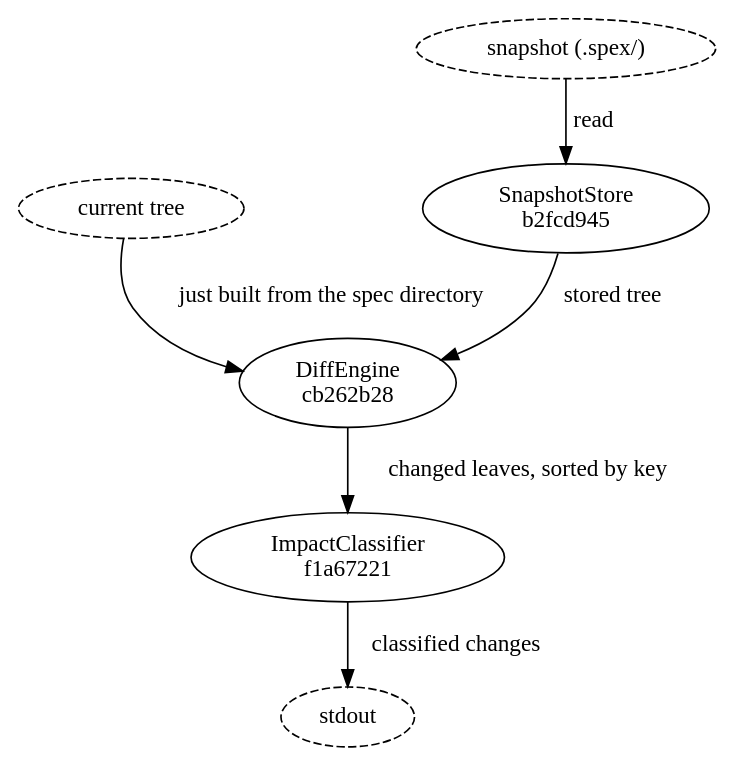
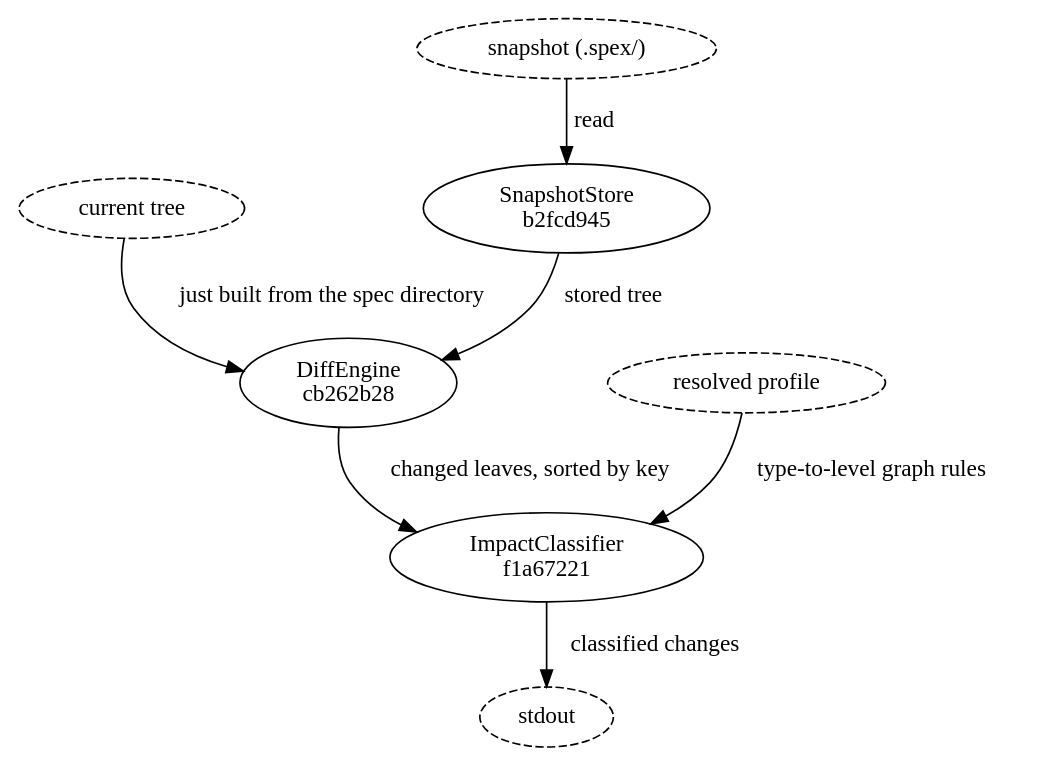
Before and after one commit to dmitriyb/spexmachina: the diagram in spec/merkle/flow_diff_classification.md, drawn with Graphviz. The commit also changed other lines of this file and 19 other files, not shown here.

````diff
--- a/spec/merkle/flow_diff_classification.md
+++ b/spec/merkle/flow_diff_classification.md
@@ -5,16 +5,18 @@
 ```dot
 digraph diff_classification {
     "current tree"        [style=dashed];
     "snapshot (.spex/)"   [style=dashed];
+    "resolved profile"    [style=dashed];
     "b2fcd9457a28"        [label="SnapshotStore\nb2fcd945"];
     "cb262b280963"        [label="DiffEngine\ncb262b28"];
     "f1a672216ce9"        [label="ImpactClassifier\nf1a67221"];
     "stdout"              [style=dashed];
 
     "snapshot (.spex/)"   -> "b2fcd9457a28" [label="read"];
     "b2fcd9457a28"        -> "cb262b280963" [label="stored tree"];
     "current tree"        -> "cb262b280963" [label="just built from the spec directory"];
     "cb262b280963"        -> "f1a672216ce9" [label="changed leaves, sorted by key"];
+    "resolved profile"    -> "f1a672216ce9" [label="type-to-level graph rules"];
     "f1a672216ce9"        -> "stdout"       [label="classified changes"];
 }
 ```
````
